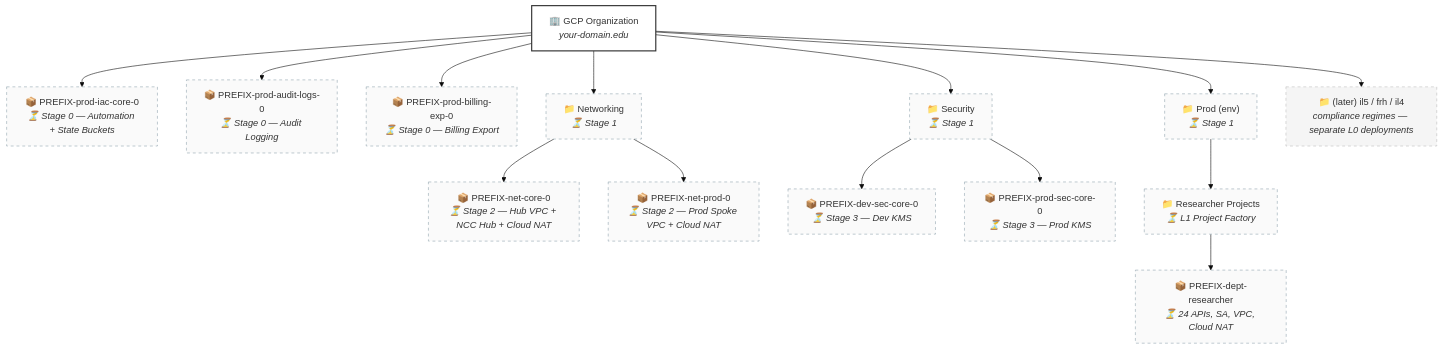
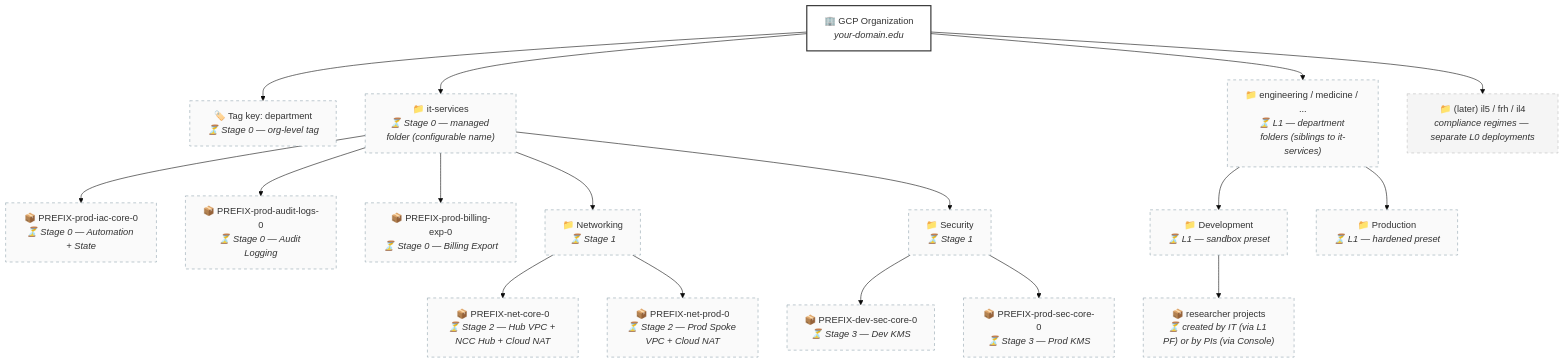
One commit to WandLZhang/fast-science-0-stellar-engine changed the second of 4 diagrams in README.md. Above: the diagram before and after it, drawn with Mermaid (base theme). The commit also changed other lines of this file and 4 other files, not shown here.

First line of the commit message:
feat(bootstrap): managed wrapper folder + department tag key for L1

````diff
--- a/README.md
+++ b/README.md
@@ -86,38 +87,45 @@
 ```mermaid
 graph TB
     ORG["🏢 GCP Organization<br/><i>your-domain.edu</i>"]
+    TAG["🏷️ Tag key: department<br/><i>⏳ Stage 0 — org-level tag</i>"]
 
-    ORG --> P1["📦 PREFIX-prod-iac-core-0<br/><i>⏳ Stage 0 — Automation + State Buckets</i>"]
-    ORG --> P2["📦 PREFIX-prod-audit-logs-0<br/><i>⏳ Stage 0 — Audit Logging</i>"]
-    ORG --> P3["📦 PREFIX-prod-billing-exp-0<br/><i>⏳ Stage 0 — Billing Export</i>"]
+    ORG --> TAG
+    ORG --> IT["📁 it-services<br/><i>⏳ Stage 0 — managed folder (configurable name)</i>"]
 
-    ORG --> NET["📁 Networking<br/><i>⏳ Stage 1</i>"]
-    ORG --> SEC["📁 Security<br/><i>⏳ Stage 1</i>"]
-    ORG --> PROD["📁 Prod (env)<br/><i>⏳ Stage 1</i>"]
+    IT --> P1["📦 PREFIX-prod-iac-core-0<br/><i>⏳ Stage 0 — Automation + State</i>"]
+    IT --> P2["📦 PREFIX-prod-audit-logs-0<br/><i>⏳ Stage 0 — Audit Logging</i>"]
+    IT --> P3["📦 PREFIX-prod-billing-exp-0<br/><i>⏳ Stage 0 — Billing Export</i>"]
+    IT --> NET["📁 Networking<br/><i>⏳ Stage 1</i>"]
+    IT --> SEC["📁 Security<br/><i>⏳ Stage 1</i>"]
 
     NET --> P4["📦 PREFIX-net-core-0<br/><i>⏳ Stage 2 — Hub VPC + NCC Hub + Cloud NAT</i>"]
     NET --> P5["📦 PREFIX-net-prod-0<br/><i>⏳ Stage 2 — Prod Spoke VPC + Cloud NAT</i>"]
 
     SEC --> P8["📦 PREFIX-dev-sec-core-0<br/><i>⏳ Stage 3 — Dev KMS</i>"]
     SEC --> P9["📦 PREFIX-prod-sec-core-0<br/><i>⏳ Stage 3 — Prod KMS</i>"]
 
-    PROD --> L1["📁 Researcher Projects<br/><i>⏳ L1 Project Factory</i>"]
-    L1 --> RP["📦 PREFIX-dept-researcher<br/><i>⏳ 24 APIs, SA, VPC, Cloud NAT</i>"]
+    ORG --> DEPT["📁 engineering / medicine / ...<br/><i>⏳ L1 — department folders (siblings to it-services)</i>"]
+    DEPT --> DEV["📁 Development<br/><i>⏳ L1 — sandbox preset</i>"]
+    DEPT --> PROD["📁 Production<br/><i>⏳ L1 — hardened preset</i>"]
+    DEV --> RP["📦 researcher projects<br/><i>⏳ created by IT (via L1 PF) or by PIs (via Console)</i>"]
 
     ORG --> CR["📁 (later) il5 / frh / il4<br/><i>compliance regimes — separate L0 deployments</i>"]
 
     style ORG fill:#fff,stroke:#333,stroke-width:2px
+    style TAG stroke-dasharray: 5 5,stroke:#90a4ae,fill:#fafafa
+    style IT stroke-dasharray: 5 5,stroke:#90a4ae,fill:#fafafa
     style NET stroke-dasharray: 5 5,stroke:#90a4ae,fill:#fafafa
     style SEC stroke-dasharray: 5 5,stroke:#90a4ae,fill:#fafafa
-    style PROD stroke-dasharray: 5 5,stroke:#90a4ae,fill:#fafafa
     style P1 stroke-dasharray: 5 5,stroke:#90a4ae,fill:#fafafa
     style P2 stroke-dasharray: 5 5,stroke:#90a4ae,fill:#fafafa
     style P3 stroke-dasharray: 5 5,stroke:#90a4ae,fill:#fafafa
     style P4 stroke-dasharray: 5 5,stroke:#90a4ae,fill:#fafafa
     style P5 stroke-dasharray: 5 5,stroke:#90a4ae,fill:#fafafa
     style P8 stroke-dasharray: 5 5,stroke:#90a4ae,fill:#fafafa
     style P9 stroke-dasharray: 5 5,stroke:#90a4ae,fill:#fafafa
-    style L1 stroke-dasharray: 5 5,stroke:#90a4ae,fill:#fafafa
+    style DEPT stroke-dasharray: 5 5,stroke:#90a4ae,fill:#fafafa
+    style DEV stroke-dasharray: 5 5,stroke:#90a4ae,fill:#fafafa
+    style PROD stroke-dasharray: 5 5,stroke:#90a4ae,fill:#fafafa
     style RP stroke-dasharray: 5 5,stroke:#90a4ae,fill:#fafafa
     style CR stroke-dasharray: 5 5,stroke:#bdbdbd,fill:#f5f5f5
 ```
````
